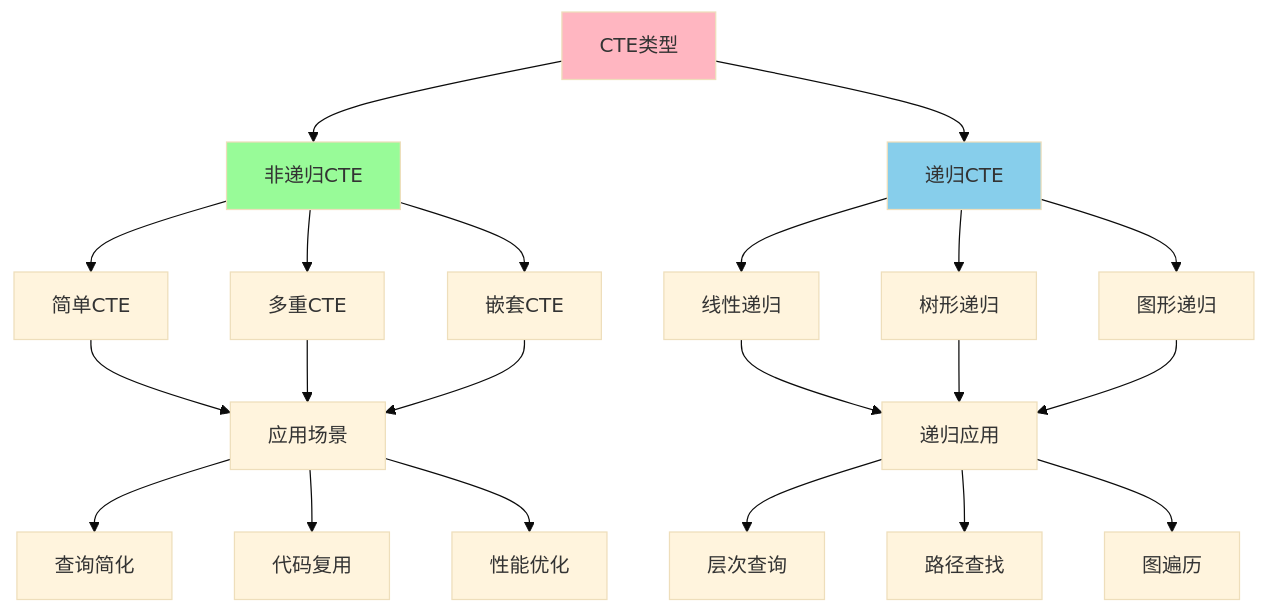
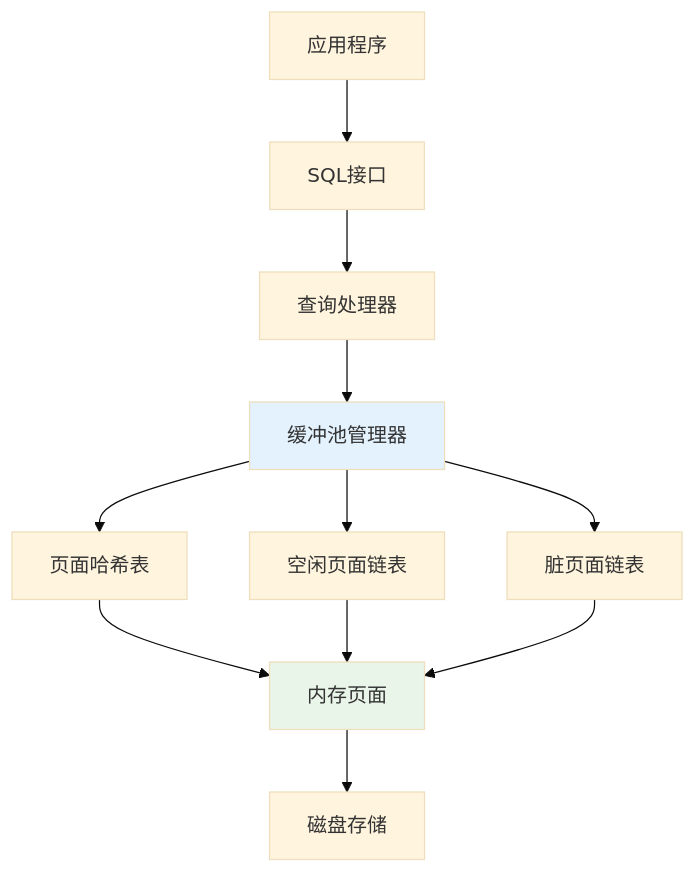
One commit to crazypenguincode/duckdb changed the fourth of 9 diagrams in md/第二章-相关背景与理论基础.md. Above: the diagram before and after it, drawn with Mermaid (base theme). The commit also changed other lines of this file and 361 other files, not shown here.

````diff
--- a/md/第二章-相关背景与理论基础.md
+++ b/md/第二章-相关背景与理论基础.md
@@ -314,32 +322,16 @@
 ```mermaid
-graph TD
-    A[CTE类型] --> B[非递归CTE]
-    A --> C[递归CTE]
+graph TB
+    A[应用程序] --> B[SQL接口]
+    B --> C[查询处理器]
+    C --> D[缓冲池管理器]
+    D --> E[页面哈希表]
+    D --> F[空闲页面链表]
+    D --> G[脏页面链表]
+    E --> H[内存页面]
+    F --> H
+    G --> H
+    H --> I[磁盘存储]
     
-    B --> B1[简单CTE]
-    B --> B2[多重CTE]
-    B --> B3[嵌套CTE]
-    
-    C --> C1[线性递归]
-    C --> C2[树形递归]
-    C --> C3[图形递归]
-    
-    B1 --> D[应用场景]
-    B2 --> D
-    B3 --> D
-    C1 --> E[递归应用]
-    C2 --> E
-    C3 --> E
-    
-    D --> D1[查询简化]
-    D --> D2[代码复用]
-    D --> D3[性能优化]
-    
-    E --> E1[层次查询]
-    E --> E2[路径查找]
-    E --> E3[图遍历]
-    
-    style A fill:#FFB6C1
-    style B fill:#98FB98
-    style C fill:#87CEEB
+    style D fill:#e3f2fd
+    style H fill:#e8f5e8
 ```
````
